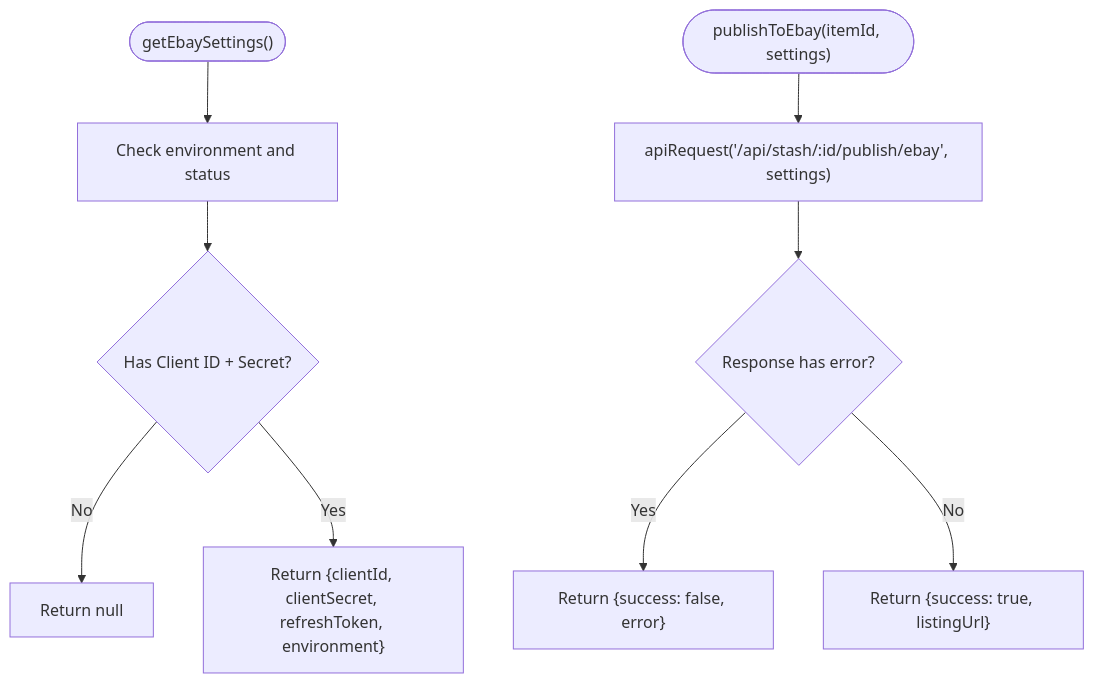
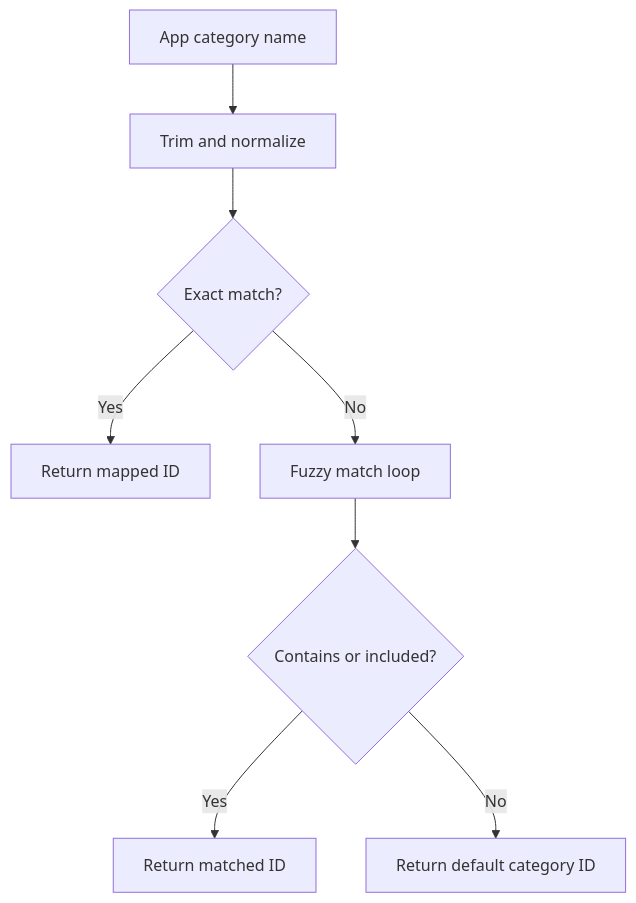
The sixth of 9 diagrams in .qoder/repowiki/en/content/Marketplace Integration/eBay Integration.md (hunglevi87/Hidden-Gem), drawn with Mermaid before and after one commit. The commit also changed other lines of this file and 99 other files, not shown here.

````diff
--- a/.qoder/repowiki/en/content/Marketplace Integration/eBay Integration.md
+++ b/.qoder/repowiki/en/content/Marketplace Integration/eBay Integration.md
@@ -173,11 +205,10 @@
 ```mermaid
 flowchart TD
-Get(["getEbaySettings()"]) --> CheckEnv["Check environment and status"]
-CheckEnv --> HasCreds{"Has Client ID + Secret?"}
-HasCreds --> |No| Null["Return null"]
-HasCreds --> |Yes| Return["Return {clientId, clientSecret, refreshToken, environment}"]
-Publish(["publishToEbay(itemId, settings)"]) --> CallAPI["apiRequest('/api/stash/:id/publish/ebay', settings)"]
-CallAPI --> Resp{"Response has error?"}
-Resp --> |Yes| Fail["Return {success: false, error}"]
-Resp --> |No| Ok["Return {success: true, listingUrl}"]
+Input["App category name"] --> Normalize["Trim and normalize"]
+Normalize --> Exact{"Exact match?"}
+Exact --> |Yes| ReturnExact["Return mapped ID"]
+Exact --> |No| Fuzzy["Fuzzy match loop"]
+Fuzzy --> Match{"Contains or included?"}
+Match --> |Yes| ReturnFuzzy["Return matched ID"]
+Match --> |No| Fallback["Return default category ID"]
 ```
````
